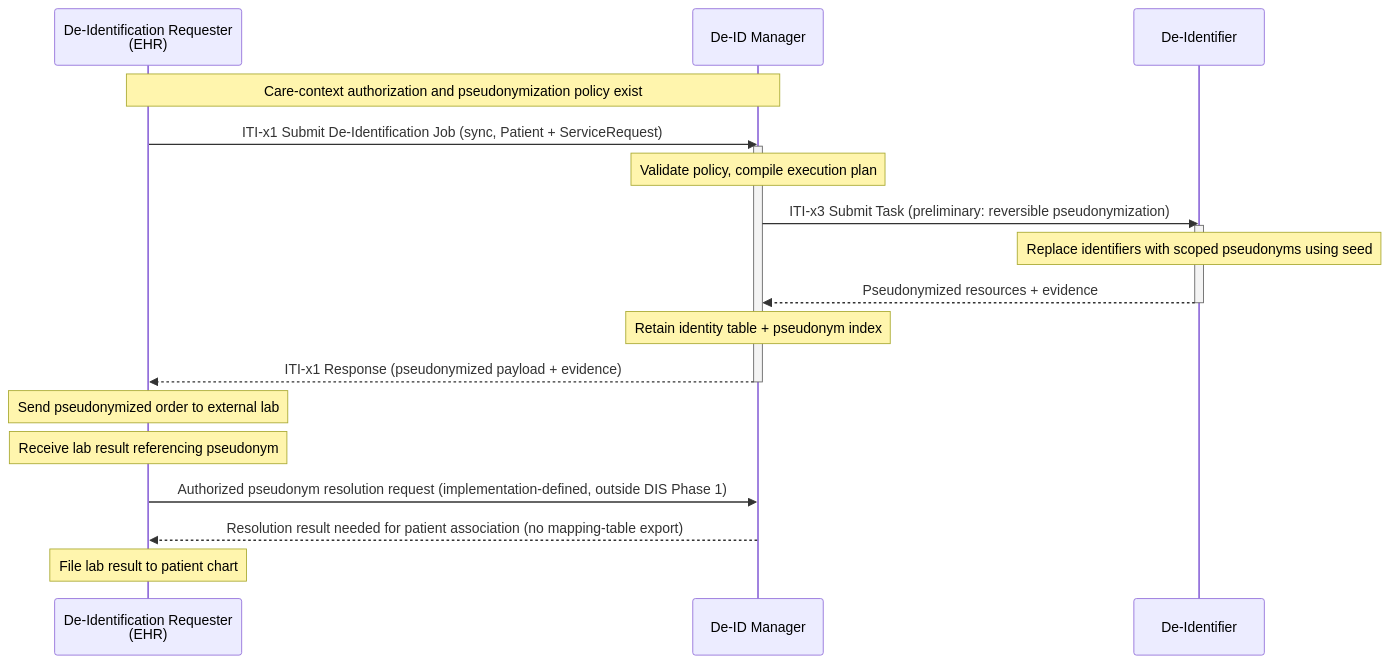
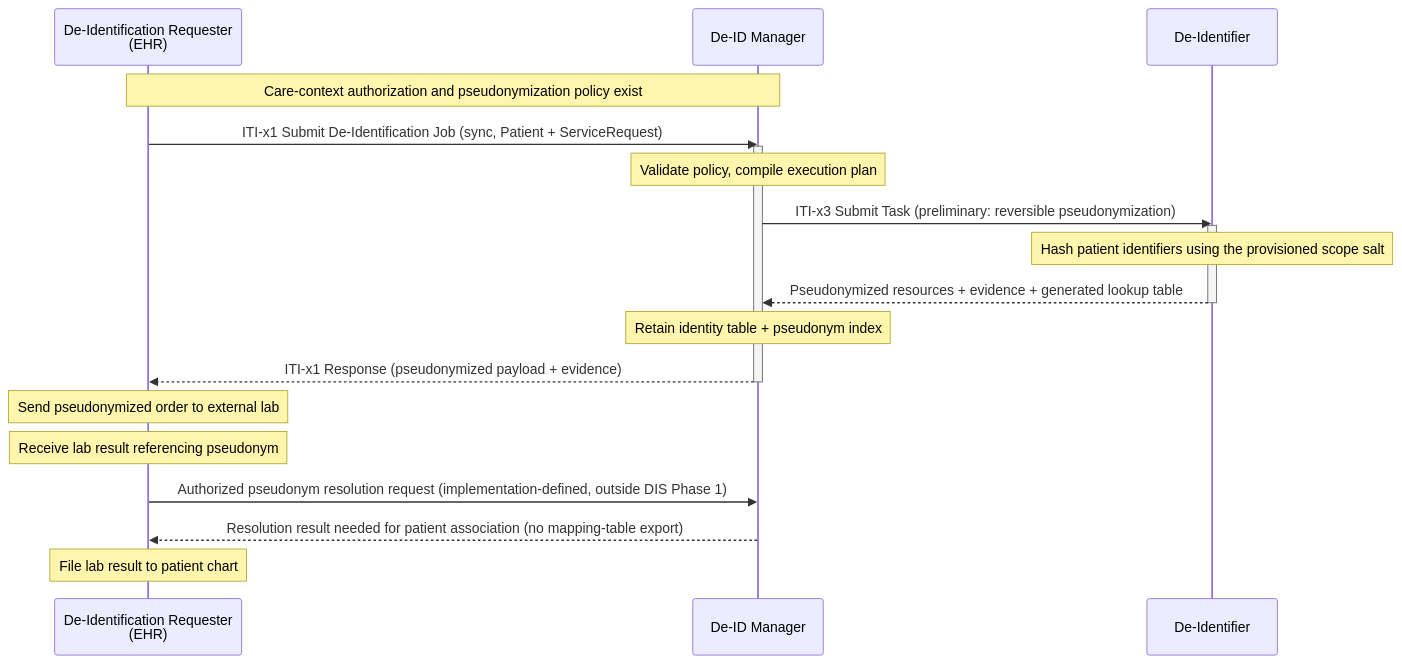
The diagram in input/images-source/dis-uc3-clinical-pathology.mmd (IHE/ITI.DIS), drawn with Mermaid before and after one commit. The commit also changed 22 other files, not shown here.

```diff
--- a/input/images-source/dis-uc3-clinical-pathology.mmd
+++ b/input/images-source/dis-uc3-clinical-pathology.mmd
@@ -1,26 +1,26 @@
 sequenceDiagram
     participant EHR as De-Identification Requester<br/>(EHR)
     participant MGR as De-ID Manager
     participant DI as De-Identifier
 
     Note over EHR,MGR: Care-context authorization and pseudonymization policy exist
 
     EHR->>MGR: ITI-x1 Submit De-Identification Job (sync, Patient + ServiceRequest)
     activate MGR
     Note over MGR: Validate policy, compile execution plan
 
     MGR->>DI: ITI-x3 Submit Task (preliminary: reversible pseudonymization)
     activate DI
-    Note over DI: Replace identifiers with scoped pseudonyms using seed
-    DI-->>MGR: Pseudonymized resources + evidence
+    Note over DI: Hash patient identifiers using the provisioned scope salt
+    DI-->>MGR: Pseudonymized resources + evidence + generated lookup table
     deactivate DI
 
     Note over MGR: Retain identity table + pseudonym index
     MGR-->>EHR: ITI-x1 Response (pseudonymized payload + evidence)
     deactivate MGR
 
     Note over EHR: Send pseudonymized order to external lab
     Note over EHR: Receive lab result referencing pseudonym
     EHR->>MGR: Authorized pseudonym resolution request (implementation-defined, outside DIS Phase 1)
     MGR-->>EHR: Resolution result needed for patient association (no mapping-table export)
     Note over EHR: File lab result to patient chart
```
